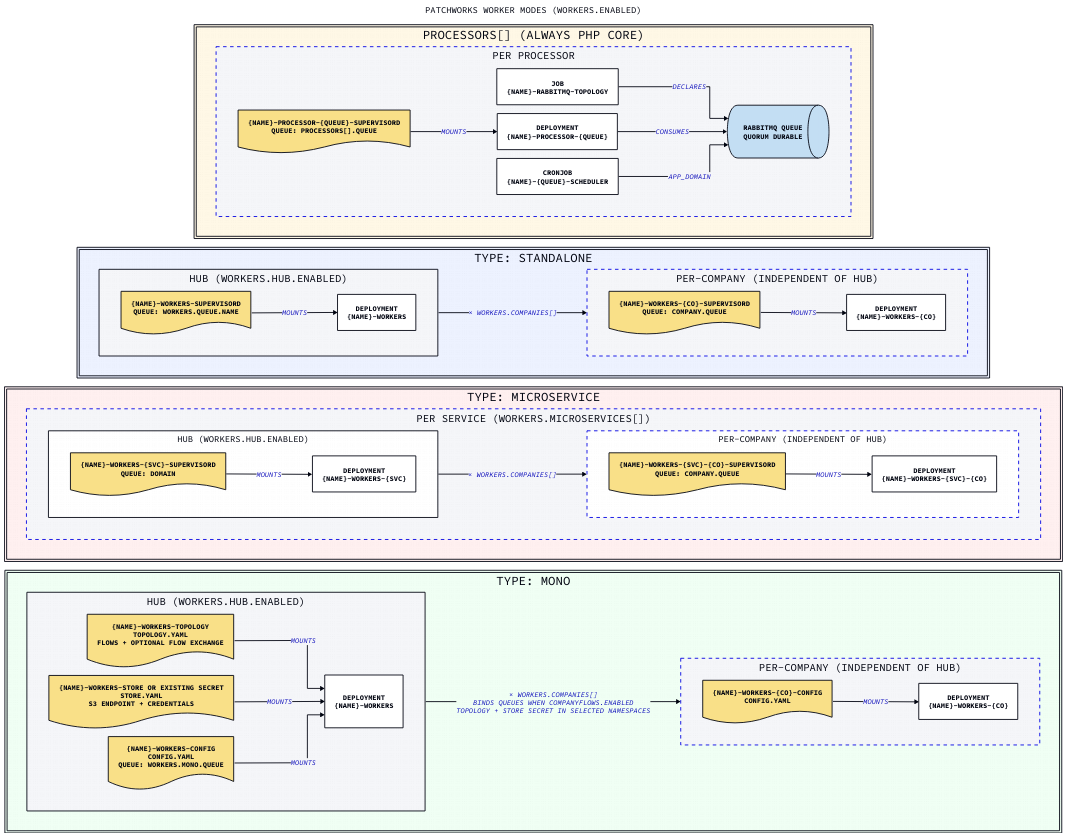
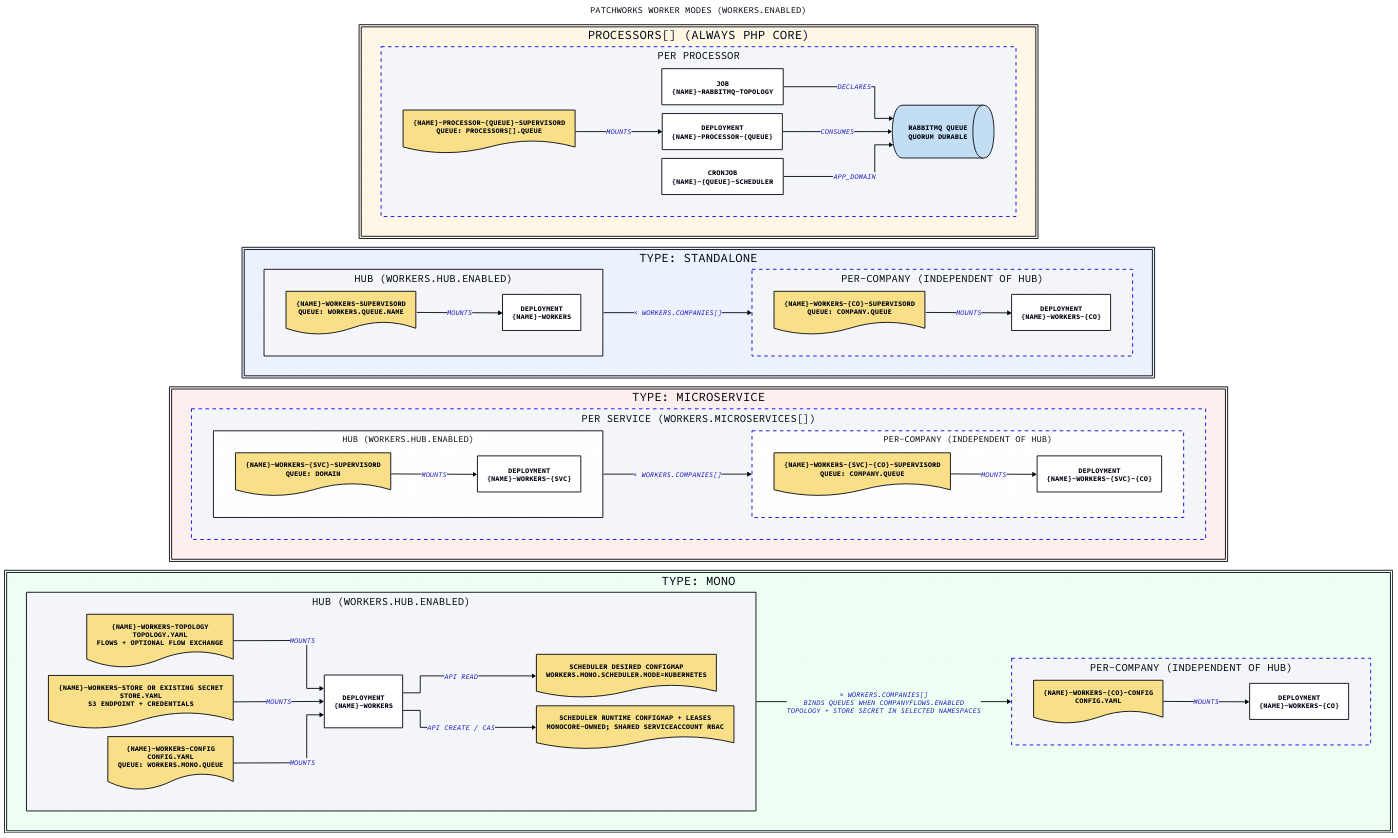
One commit to gopatchworks/selfhosted changed the diagram in docs/workers-diagram.d2. Above: the diagram before and after it, drawn with D2. The commit also changed 9 other files, not shown here.

Commit message:
feat(scheduler): enable Monocore hub scheduling with namespaced RBAC

```diff
--- a/docs/workers-diagram.d2
+++ b/docs/workers-diagram.d2
@@ -1,133 +1,137 @@
 vars: {
   d2-config: {
     layout-engine: elk
     # Terminal theme code
     theme-id: 300
   }
 }
 
 direction: right
 
 title: "Patchworks Worker Modes (workers.enabled)" {
   shape: text
   near: top-center
   style.font-size: 20
 }
 
 # ── processors[] ────────────────────────────────────────────────────────────
 
 processors: "processors[] (always PHP Core)" {
   style.fill: "#FFF8E6"
   direction: down
 
   desc: "Background processor queues are independent of workers.type.\nprocessorDeployments.enabled and scheduler.enabled independently select Deployments and CronJobs.\nrabbitmq.topology.enabled independently selects the queue assertion hook.\nDatabase connections: LANDLORD_DB_* and TENANT_DB_* / TENANT_DB_*_{id}." {
     shape: text
   }
 
   processor: "Per Processor" {
     style.stroke-dash: 4
     direction: right
     topology: "Job\n{name}-rabbitmq-topology" { shape: rectangle }
     cm: "{name}-processor-{queue}-supervisord\nqueue: processors[].queue" { shape: document }
     dep: "Deployment\n{name}-processor-{queue}" { shape: rectangle }
     cron: "CronJob\n{name}-{queue}-scheduler" { shape: rectangle }
     queue: "RabbitMQ queue\nquorum durable" { shape: queue }
     topology -> queue: declares
     cm -> dep: mounts
     dep -> queue: consumes
     cron -> queue: APP_DOMAIN
   }
 }
 
 # ── type: standalone ────────────────────────────────────────────────────────
 
 standalone: "type: standalone" {
   style.fill: "#EDF2FF"
   direction: down
 
   desc: "One queue worker via supervisord.\nConcurrency controlled by workers.processes (numprocs).\nDatabase connections: LANDLORD_DB_* and TENANT_DB_* / TENANT_DB_*_{id}." {
     shape: text
   }
 
   hub: "Hub (workers.hub.enabled)" {
     direction: right
     cm: "{name}-workers-supervisord\nqueue: workers.queue.name" { shape: document }
     dep: "Deployment\n{name}-workers" { shape: rectangle }
     cm -> dep: mounts
   }
 
   company: "Per-Company (independent of hub)" {
     style.stroke-dash: 4
     direction: right
     cm: "{name}-workers-{co}-supervisord\nqueue: company.queue" { shape: document }
     dep: "Deployment\n{name}-workers-{co}" { shape: rectangle }
     cm -> dep: mounts
   }
 
   hub -> company: "× workers.companies[]"
 }
 
 # ── type: microservice ───────────────────────────────────────────────────────
 
 microservice: "type: microservice" {
   style.fill: "#FFF0F0"
   direction: down
 
   desc: "One worker per service key in workers.microservices.\n_default provides fallbacks for all fields.\nDatabase connections: LANDLORD_DB_* and TENANT_DB_* / TENANT_DB_*_{id}." {
     shape: text
   }
 
   service: "Per Service (workers.microservices[])" {
     style.stroke-dash: 4
     direction: down
 
     hub: "Hub (workers.hub.enabled)" {
       direction: right
       cm: "{name}-workers-{svc}-supervisord\nqueue: domain" { shape: document }
       dep: "Deployment\n{name}-workers-{svc}" { shape: rectangle }
       cm -> dep: mounts
     }
 
     company: "Per-Company (independent of hub)" {
       style.stroke-dash: 4
       direction: right
       cm: "{name}-workers-{svc}-{co}-supervisord\nqueue: company.queue" { shape: document }
       dep: "Deployment\n{name}-workers-{svc}-{co}" { shape: rectangle }
       cm -> dep: mounts
     }
 
     hub -> company: "× workers.companies[]"
   }
 }
 
 # ── type: mono ───────────────────────────────────────────────────────────────
 
 mono: "type: mono" {
   style.fill: "#F0FFF4"
   direction: down
 
   desc: "Monocore Go worker. RabbitMQ topology asserted at startup via topology.yaml.\nOptional workers.mono.serviceMonitor.enabled: one ServiceMonitor per worker namespace, metrics :8081.\nDatabase connections: DB_LANDLORD_* and DB_TENANT_* / DB_TENANT_{id}_*.\nTENANT_DB_* compatibility aliases also supplied.\nTenant registry selects the schema and server; company queue does not select a database." {
     shape: text
   }
 
   hub: "Hub (workers.hub.enabled)" {
     direction: right
     topology: "{name}-workers-topology\ntopology.yaml\nflows + optional flow exchange" { shape: document }
     store:    "{name}-workers-store or existing Secret\nstore.yaml\nS3 endpoint + credentials" { shape: document }
     config:   "{name}-workers-config\nconfig.yaml\nqueue: workers.mono.queue" { shape: document }
     dep:      "Deployment\n{name}-workers"                      { shape: rectangle }
+    desired: "Scheduler desired ConfigMap\nworkers.mono.scheduler.mode=kubernetes" { shape: document }
+    runtime: "Scheduler runtime ConfigMap + Leases\nMonocore-owned; shared ServiceAccount RBAC" { shape: document }
+    dep -> desired: "API read"
+    dep -> runtime: "API create / CAS"
     topology -> dep: mounts
     store    -> dep: mounts
     config   -> dep: mounts
   }
 
   company: "Per-Company (independent of hub)" {
     style.stroke-dash: 4
     direction: right
     config: "{name}-workers-{co}-config\nconfig.yaml"           { shape: document }
     dep:    "Deployment\n{name}-workers-{co}"                   { shape: rectangle }
     config -> dep: mounts
   }
 
   hub -> company: "× workers.companies[]\nbinds queues when companyFlows.enabled\ntopology + store Secret in selected namespaces"
 }
```
